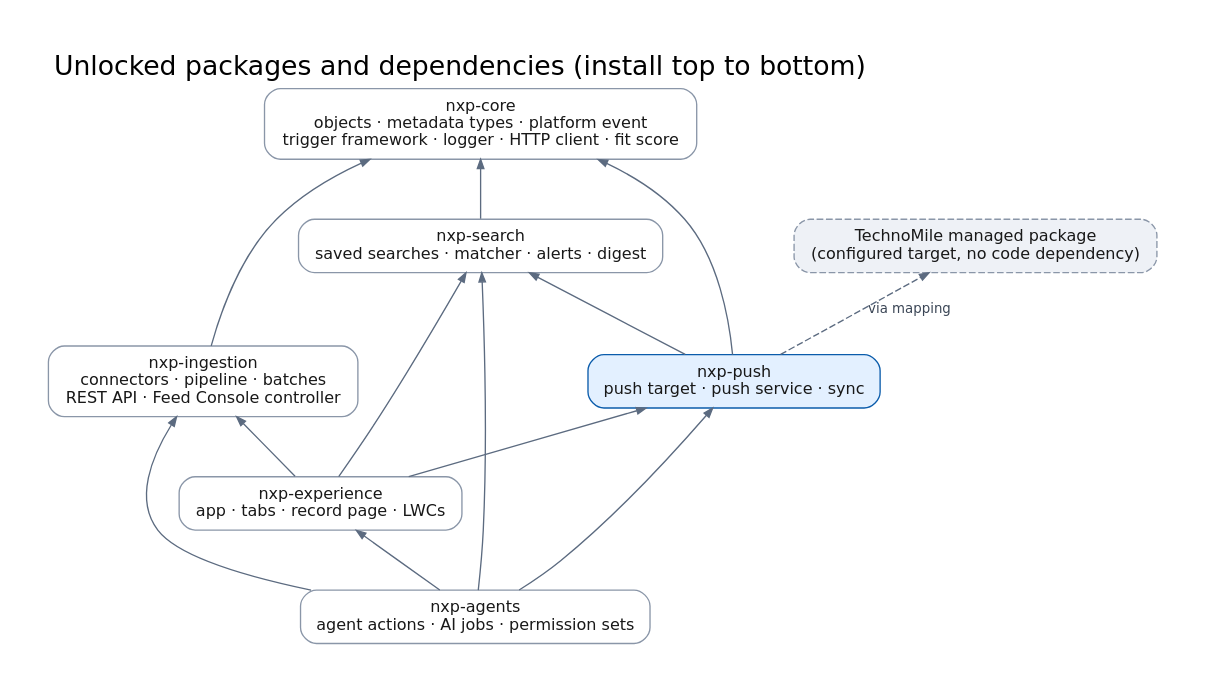
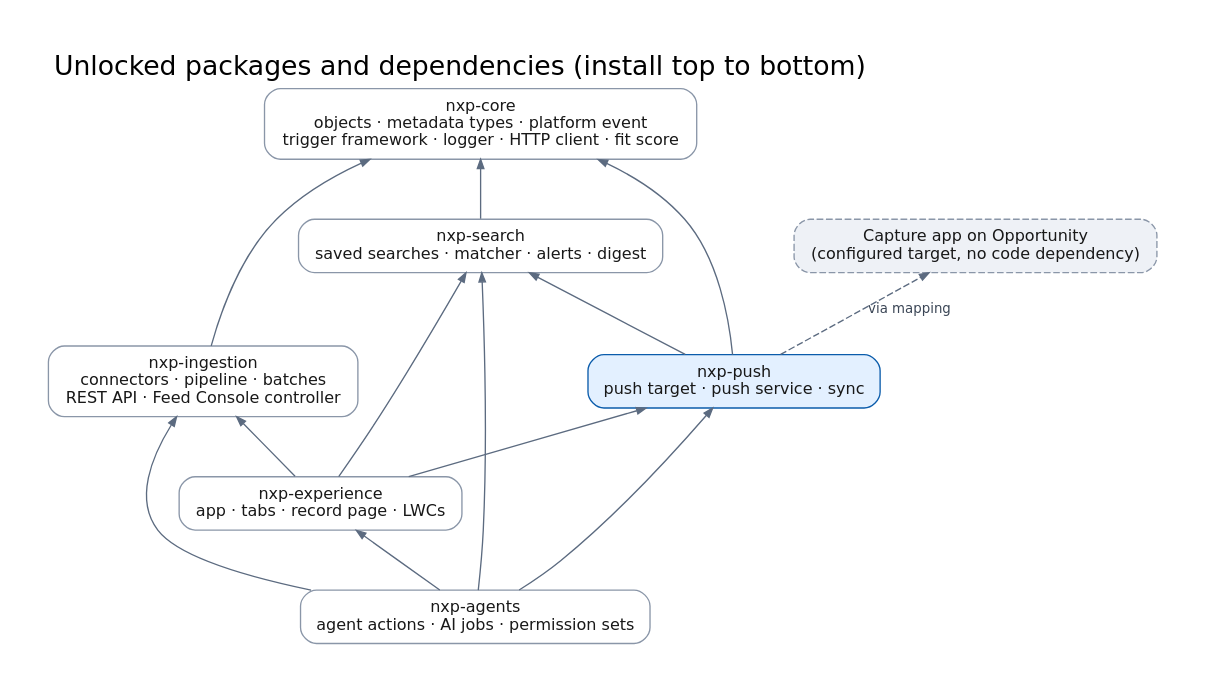
Before and after one commit to Hectorcaban-sudo/Nexus-Pursuit-Hub: the diagram in docs/diagrams/src/06-package-dependencies.dot, drawn with Graphviz. The commit also changed 71 other files, not shown here.

First line of the commit message:
Rename TechnoMile to Opportunity throughout

```diff
--- a/docs/diagrams/src/06-package-dependencies.dot
+++ b/docs/diagrams/src/06-package-dependencies.dot
@@ -1,16 +1,16 @@
 digraph G {
   graph [fontname="DejaVu Sans", fontsize=20, labelloc=t, labeljust=l, pad=0.4, nodesep=0.45, ranksep=0.6, bgcolor="white", color="#C9CED6"];
   node  [fontname="DejaVu Sans", fontsize=12, shape=box, style="rounded,filled", fillcolor="#FFFFFF", color="#8A96A8", fontcolor="#181818", margin="0.18,0.10"];
   edge  [fontname="DejaVu Sans", fontsize=10, color="#5C6B80", fontcolor="#3B4656", arrowsize=0.7];
   label="Unlocked packages and dependencies (install top to bottom)\n";
   rankdir=BT;
   core [label="nxp-core\nobjects · metadata types · platform event\ntrigger framework · logger · HTTP client · fit score"];
   ing  [label="nxp-ingestion\nconnectors · pipeline · batches\nREST API · Feed Console controller"];
   srch [label="nxp-search\nsaved searches · matcher · alerts · digest"];
   push [label="nxp-push\npush target · push service · sync", fillcolor="#E3F0FF", color="#0B5CAB"];
   exp  [label="nxp-experience\napp · tabs · record page · LWCs"];
   ag   [label="nxp-agents\nagent actions · AI jobs · permission sets"];
-  tm   [label="TechnoMile managed package\n(configured target, no code dependency)", style="rounded,dashed,filled", fillcolor="#EEF1F6"];
+  tm   [label="Capture app on Opportunity\n(configured target, no code dependency)", style="rounded,dashed,filled", fillcolor="#EEF1F6"];
   ing -> core; srch -> core; push -> core; push -> srch; exp -> ing; exp -> srch; exp -> push; ag -> exp; ag -> push; ag -> srch; ag -> ing;
   push -> tm [style=dashed, label="via mapping"];
 }
```
